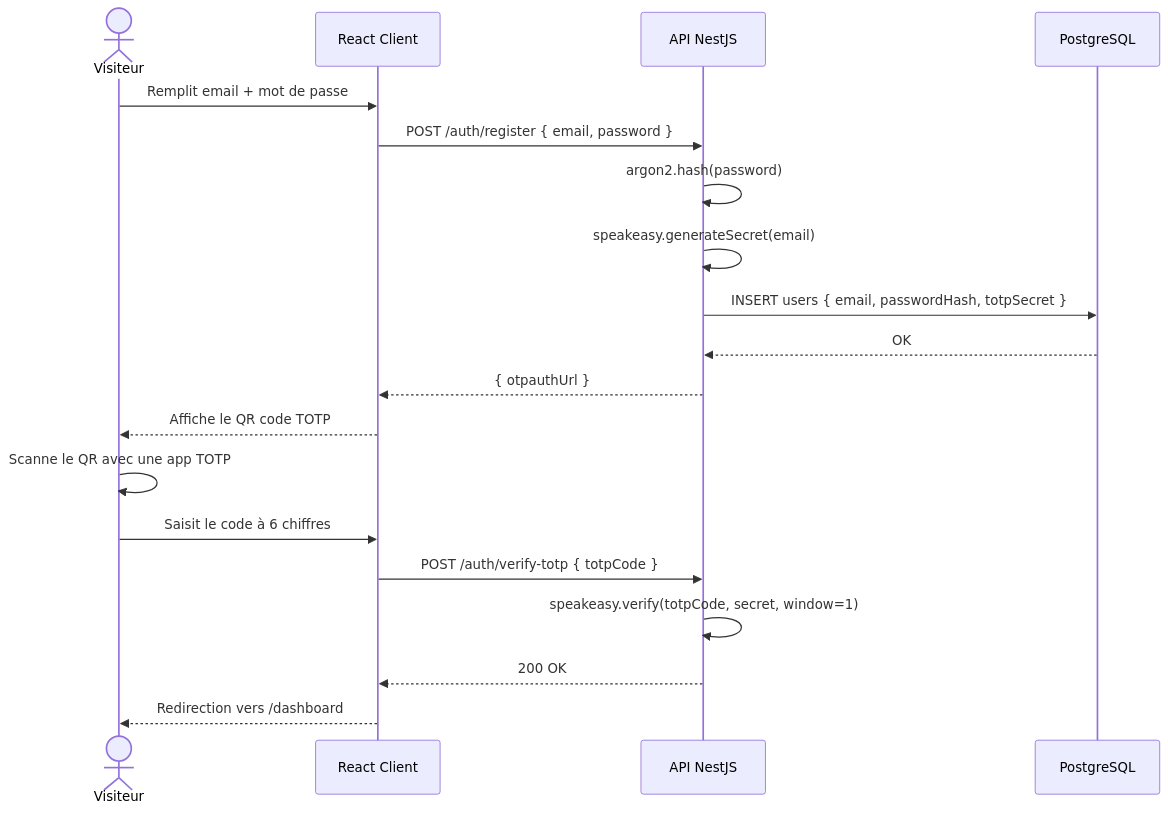
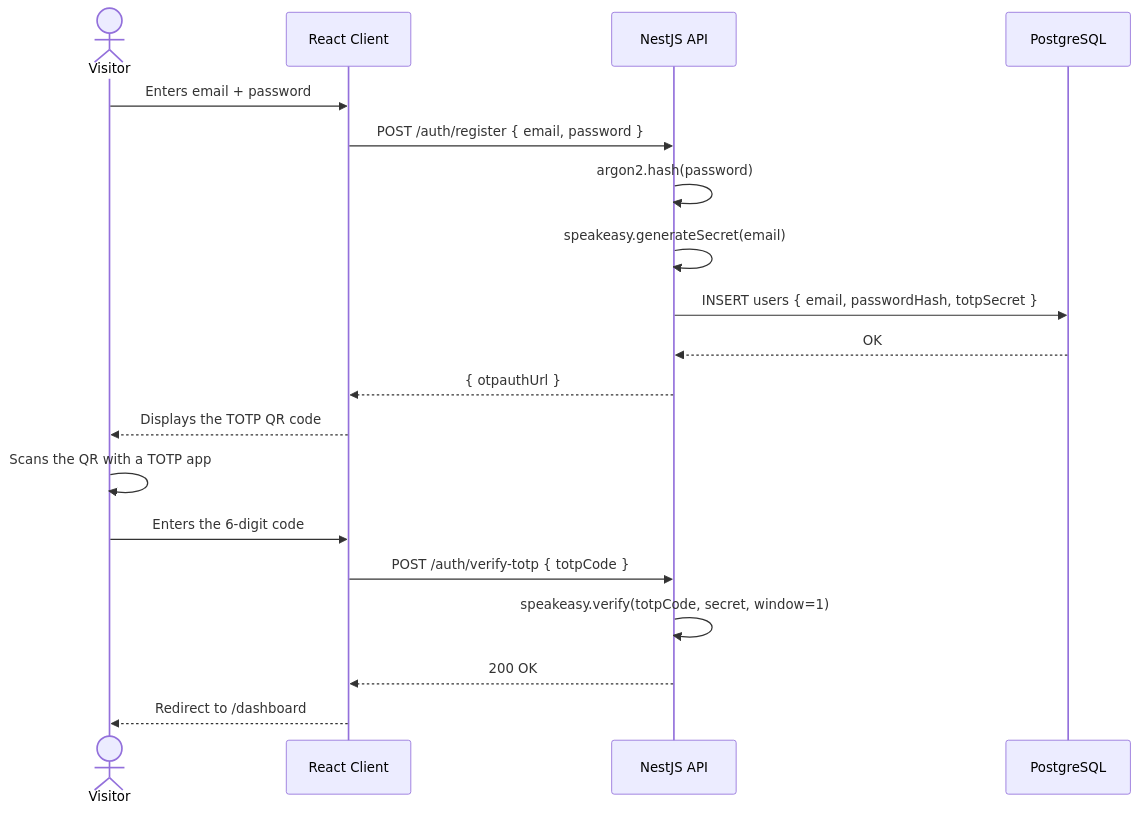
Before and after one commit to creibaud/QuartierConnect: the second of 23 diagrams in docs/RAPPORT-ETAPE2.md, drawn with Mermaid. The commit also changed other lines of this file and 155 other files, not shown here.

````diff
--- a/docs/RAPPORT-ETAPE2.md
+++ b/docs/RAPPORT-ETAPE2.md
@@ -123,23 +123,23 @@
 ```mermaid
 sequenceDiagram
-    actor V as Visiteur
+    actor V as Visitor
     participant C as React Client
-    participant A as API NestJS
+    participant A as NestJS API
     participant DB as PostgreSQL
 
-    V->>C: Remplit email + mot de passe
+    V->>C: Enters email + password
     C->>A: POST /auth/register { email, password }
     A->>A: argon2.hash(password)
     A->>A: speakeasy.generateSecret(email)
     A->>DB: INSERT users { email, passwordHash, totpSecret }
     DB-->>A: OK
     A-->>C: { otpauthUrl }
-    C-->>V: Affiche le QR code TOTP
+    C-->>V: Displays the TOTP QR code
 
-    V->>V: Scanne le QR avec une app TOTP
-    V->>C: Saisit le code à 6 chiffres
+    V->>V: Scans the QR with a TOTP app
+    V->>C: Enters the 6-digit code
     C->>A: POST /auth/verify-totp { totpCode }
     A->>A: speakeasy.verify(totpCode, secret, window=1)
     A-->>C: 200 OK
-    C-->>V: Redirection vers /dashboard
+    C-->>V: Redirect to /dashboard
 ```
````
